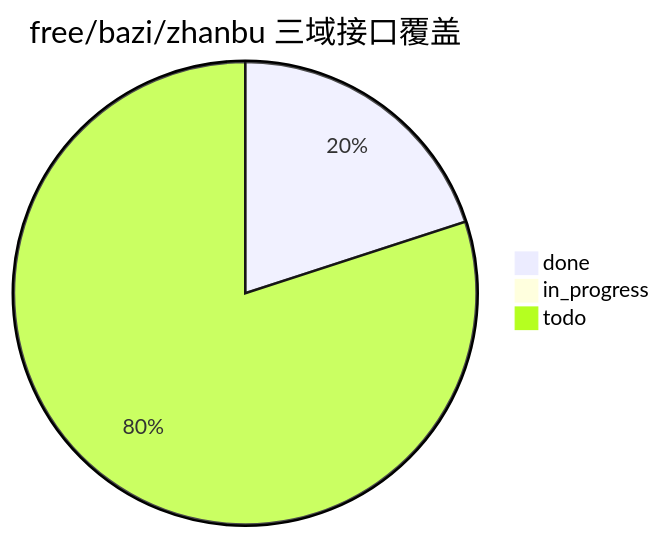
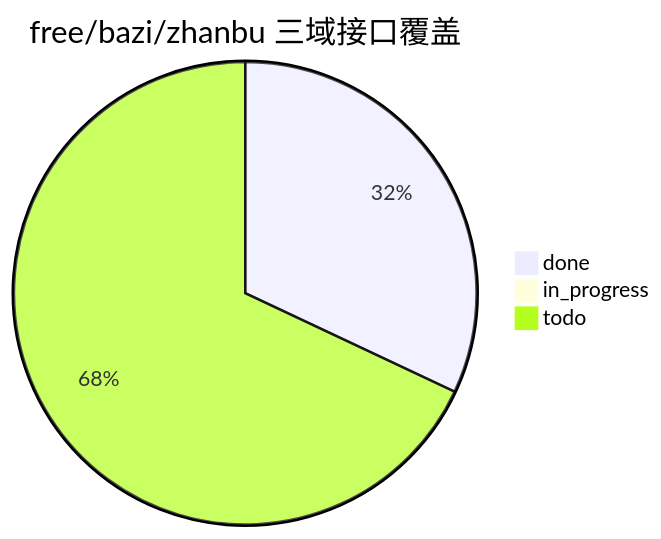
The diagram in docs/interface-catalog.md (Scorpio69t/yuanfenju-go-sdk), drawn with Mermaid before and after one commit. The commit also changed other lines of this file and 7 other files, not shown here.

````diff
--- a/docs/interface-catalog.md
+++ b/docs/interface-catalog.md
@@ -15,6 +15,6 @@
 ```mermaid
 pie title free/bazi/zhanbu 三域接口覆盖
-    "done" : 5
+    "done" : 8
     "in_progress" : 0
-    "todo" : 20
+    "todo" : 17
 ```
````
